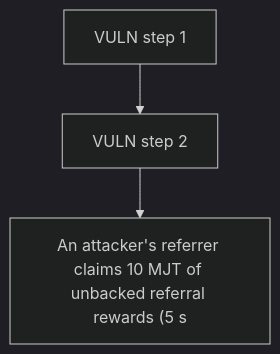
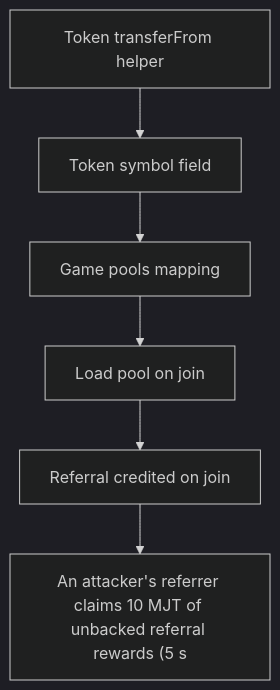
Before and after one commit to sanbir/evm-hack-registry: the diagram in 65372-depositmanager-refundentryfee-doesnt-deduct-referral-rewards_exp/65372-depositmanager-refundentryfee-doesnt-deduct-referral-rewards_exp.md, drawn with Mermaid (dark theme). The commit also changed other lines of this file and 79 other files, not shown here.

````diff
--- a/65372-depositmanager-refundentryfee-doesnt-deduct-referral-rewards_exp/65372-depositmanager-refundentryfee-doesnt-deduct-referral-rewards_exp.md
+++ b/65372-depositmanager-refundentryfee-doesnt-deduct-referral-rewards_exp/65372-depositmanager-refundentryfee-doesnt-deduct-referral-rewards_exp.md
@@ -28,8 +28,14 @@
 ```mermaid
 flowchart TD
-  S0["VULN step 1"]
-  S1["VULN step 2"]
+  S0["Token transferFrom helper"]
+  S1["Token symbol field"]
+  S2["Game pools mapping"]
+  S3["Load pool on join"]
+  S4["Referral credited on join"]
   H["An attacker's referrer claims 10 MJT of unbacked referral rewards (5 s"]
   S0 --> S1
-  S1 --> H
+  S1 --> S2
+  S2 --> S3
+  S3 --> S4
+  S4 --> H
 ```
````
